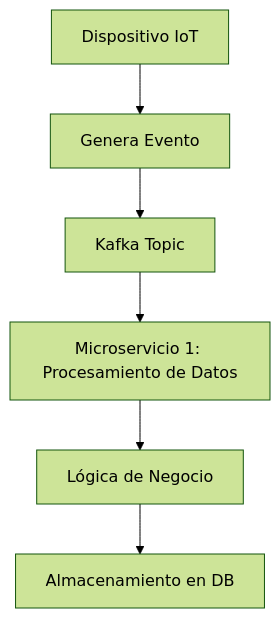
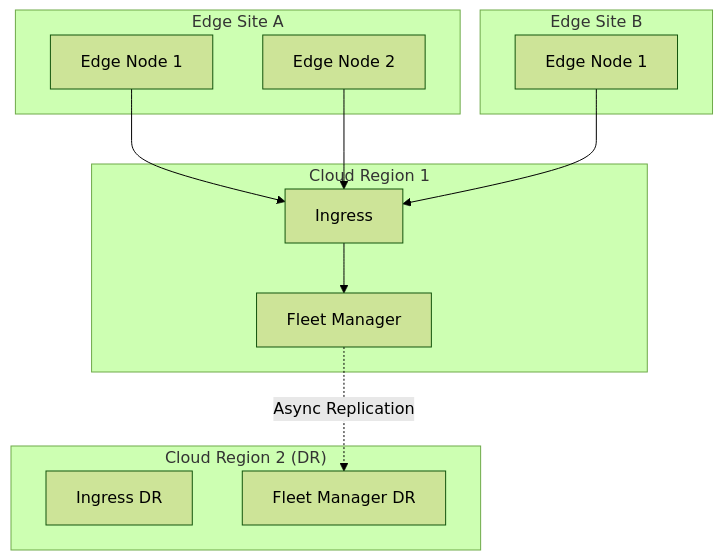
One commit to Joaquinriosheredia/DAM-Java-Mastery changed the sixth of 7 diagrams in _Review/edge_computing_y_arquitecturas_distribuidas_modernas/edge_computing_y_arquitecturas_distribuidas_modernas.md. Above: the diagram before and after it, drawn with Mermaid (forest theme). The commit also changed other lines of this file, not shown here.

Commit message:
Edge Computing y Arquitecturas Distribuidas Modernas con Java 21

````diff
--- a/_Review/edge_computing_y_arquitecturas_distribuidas_modernas/edge_computing_y_arquitecturas_distribuidas_modernas.md
+++ b/_Review/edge_computing_y_arquitecturas_distribuidas_modernas/edge_computing_y_arquitecturas_distribuidas_modernas.md
@@ -617,8 +416,24 @@
 ```mermaid
 graph TD
-    A[Dispositivo IoT] --> B[Genera Evento]
-    B --> C[Kafka Topic]
-    C --> D[Microservicio 1: Procesamiento de Datos]
-    D --> E[Lógica de Negocio]
-    E --> F[Almacenamiento en DB]
+    subgraph "Edge Site A"
+        EA1[Edge Node 1]
+        EA2[Edge Node 2]
+    end
+    subgraph "Edge Site B"
+        EB1[Edge Node 1]
+    end
+    subgraph "Cloud Region 1"
+        C1[Ingress]
+        C2[Fleet Manager]
+    end
+    subgraph "Cloud Region 2 (DR)"
+        C3[Ingress DR]
+        C4[Fleet Manager DR]
+    end
+    
+    EA1 --> C1
+    EA2 --> C1
+    EB1 --> C1
+    C1 --> C2
+    C2 -.->|Async Replication| C4
 ```
````
